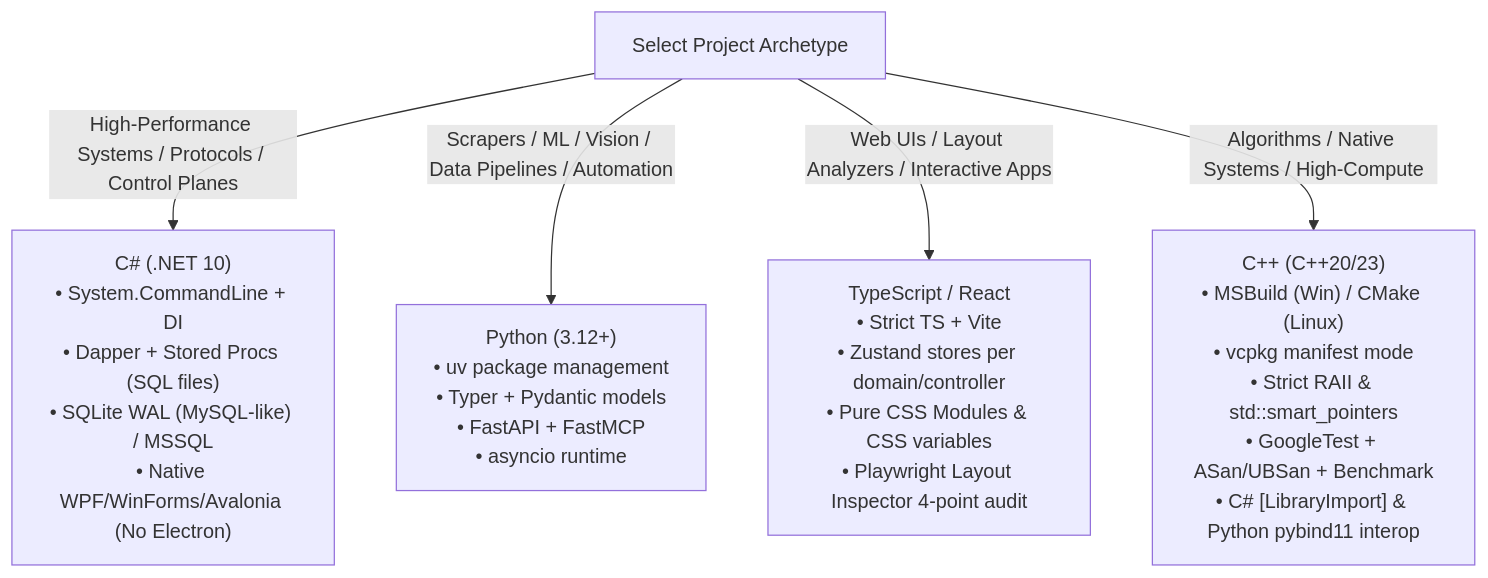
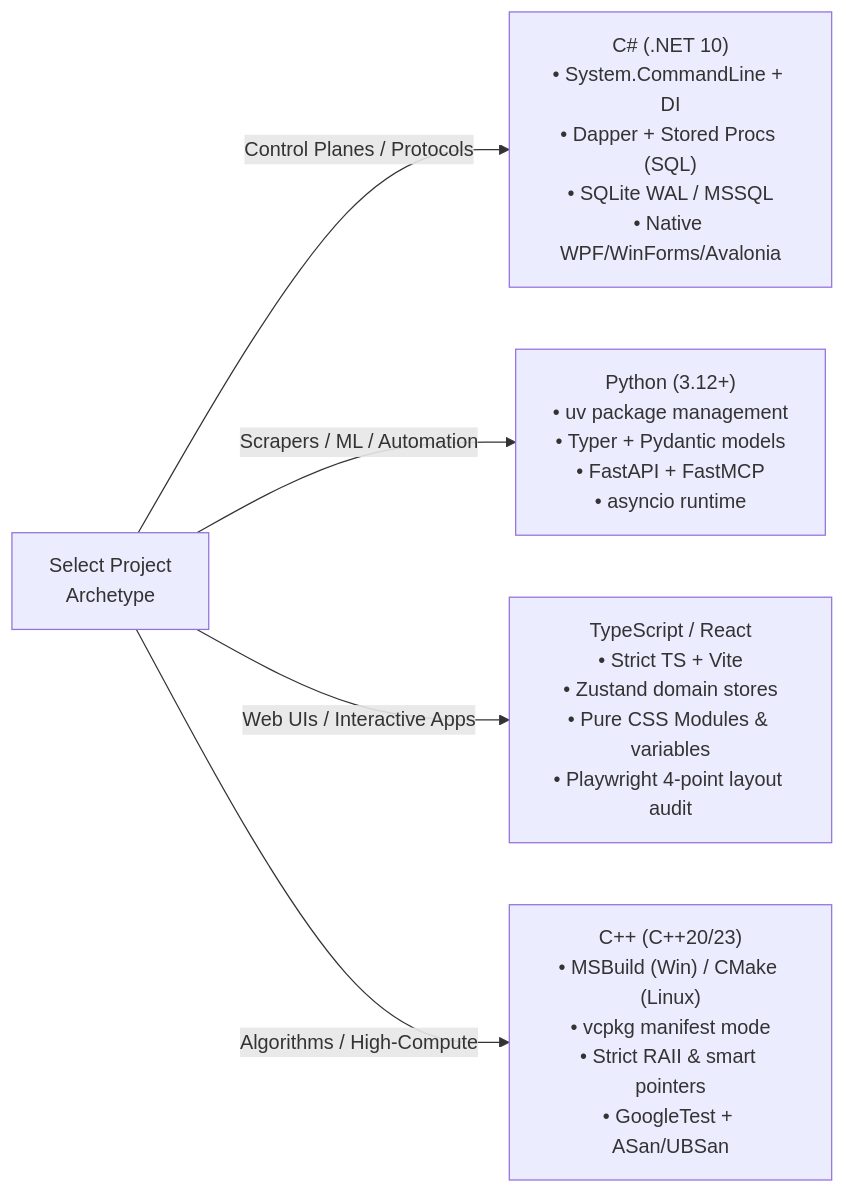
Before and after one commit to spelech/AgenticEngineeringToolbelt: the third of 4 diagrams in docs/standards/engineering-style-guide.md, drawn with Mermaid. The commit also changed other lines of this file and 30 other files, not shown here.

Commit message:
fix(docs): resolve Mermaid foreignObject text clipping, optimize diagram aspect ratios, and add pan-zoom controller

````diff
--- a/docs/standards/engineering-style-guide.md
+++ b/docs/standards/engineering-style-guide.md
@@ -118,8 +118,8 @@
 ```mermaid
-flowchart TD
-    Task["Select Project Archetype"]
-    Task -->|High-Performance Systems / Protocols / Control Planes| CSharp["C# (.NET 10)<br>• System.CommandLine + DI<br>• Dapper + Stored Procs (SQL files)<br>• SQLite WAL (MySQL-like) / MSSQL<br>• Native WPF/WinForms/Avalonia (No Electron)"]
-    Task -->|Scrapers / ML / Vision / Data Pipelines / Automation| Python["Python (3.12+)<br>• uv package management<br>• Typer + Pydantic models<br>• FastAPI + FastMCP<br>• asyncio runtime"]
-    Task -->|Web UIs / Layout Analyzers / Interactive Apps| TypeScript["TypeScript / React<br>• Strict TS + Vite<br>• Zustand stores per domain/controller<br>• Pure CSS Modules & CSS variables<br>• Playwright Layout Inspector 4-point audit"]
-    Task -->|Algorithms / Native Systems / High-Compute| Cpp["C++ (C++20/23)<br>• MSBuild (Win) / CMake (Linux)<br>• vcpkg manifest mode<br>• Strict RAII & std::smart_pointers<br>• GoogleTest + ASan/UBSan + Benchmark<br>• C# [LibraryImport] & Python pybind11 interop"]
+flowchart LR
+    Task["Select Project<br>Archetype"]
+    Task -->|Control Planes / Protocols| CSharp["C# (.NET 10)<br>• System.CommandLine + DI<br>• Dapper + Stored Procs (SQL)<br>• SQLite WAL / MSSQL<br>• Native WPF/WinForms/Avalonia"]
+    Task -->|Scrapers / ML / Automation| Python["Python (3.12+)<br>• uv package management<br>• Typer + Pydantic models<br>• FastAPI + FastMCP<br>• asyncio runtime"]
+    Task -->|Web UIs / Interactive Apps| TypeScript["TypeScript / React<br>• Strict TS + Vite<br>• Zustand domain stores<br>• Pure CSS Modules & variables<br>• Playwright 4-point layout audit"]
+    Task -->|Algorithms / High-Compute| Cpp["C++ (C++20/23)<br>• MSBuild (Win) / CMake (Linux)<br>• vcpkg manifest mode<br>• Strict RAII & smart pointers<br>• GoogleTest + ASan/UBSan"]
 ```
````
